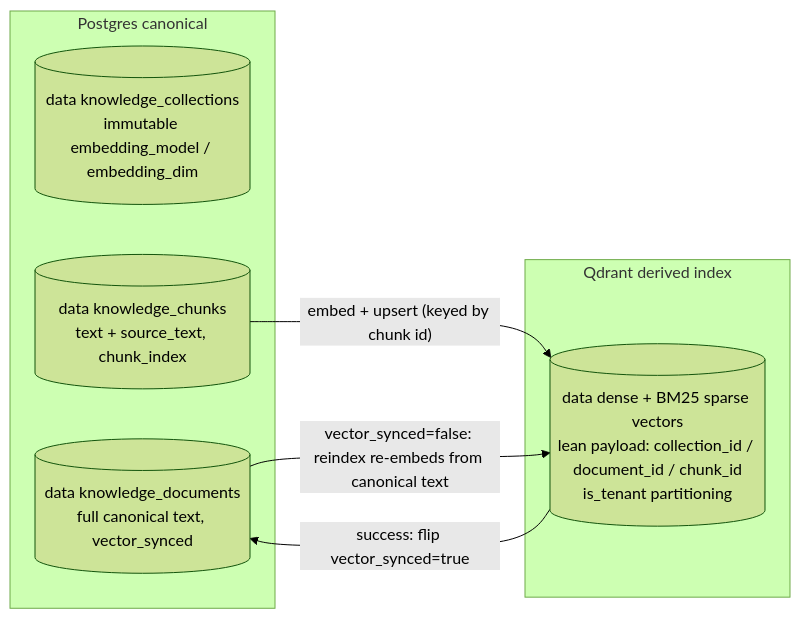
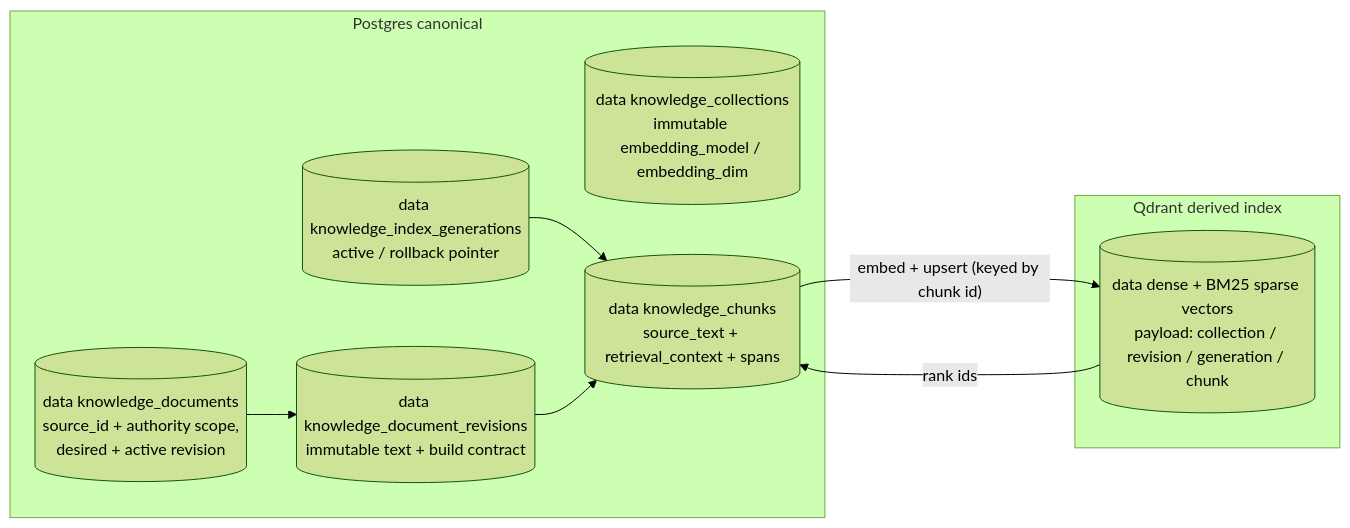
One commit to BZandi/inqtrix changed the third of 5 diagrams in docs/architecture/knowledge-retrieval.md. Above: the diagram before and after it, drawn with Mermaid (forest theme). The commit also changed other lines of this file and 1064 other files, not shown here.

````diff
--- a/docs/architecture/knowledge-retrieval.md
+++ b/docs/architecture/knowledge-retrieval.md
@@ -81,15 +91,19 @@
 ```mermaid
 flowchart LR
     subgraph pg [Postgres canonical]
         Coll[("data knowledge_collections<br/>immutable embedding_model / embedding_dim")]
-        Doc[("data knowledge_documents<br/>full canonical text, vector_synced")]
-        Chunk[("data knowledge_chunks<br/>text + source_text, chunk_index")]
+        Doc[("data knowledge_documents<br/>source_id + authority scope,<br/>desired + active revision")]
+        Rev[("data knowledge_document_revisions<br/>immutable text + build contract")]
+        Gen[("data knowledge_index_generations<br/>active / rollback pointer")]
+        Chunk[("data knowledge_chunks<br/>source_text + retrieval_context + spans")]
     end
     subgraph qd [Qdrant derived index]
-        Vec[("data dense + BM25 sparse vectors<br/>lean payload: collection_id / document_id / chunk_id<br/>is_tenant partitioning")]
+        Vec[("data dense + BM25 sparse vectors<br/>payload: collection / revision / generation / chunk")]
     end
 
+    Doc --> Rev
+    Gen --> Chunk
+    Rev --> Chunk
     Chunk -->|"embed + upsert (keyed by chunk id)"| Vec
-    Vec -->|"success: flip vector_synced=true"| Doc
-    Doc -->|"vector_synced=false: reindex re-embeds from canonical text"| Vec
+    Vec -->|"rank ids"| Chunk
 ```
````
